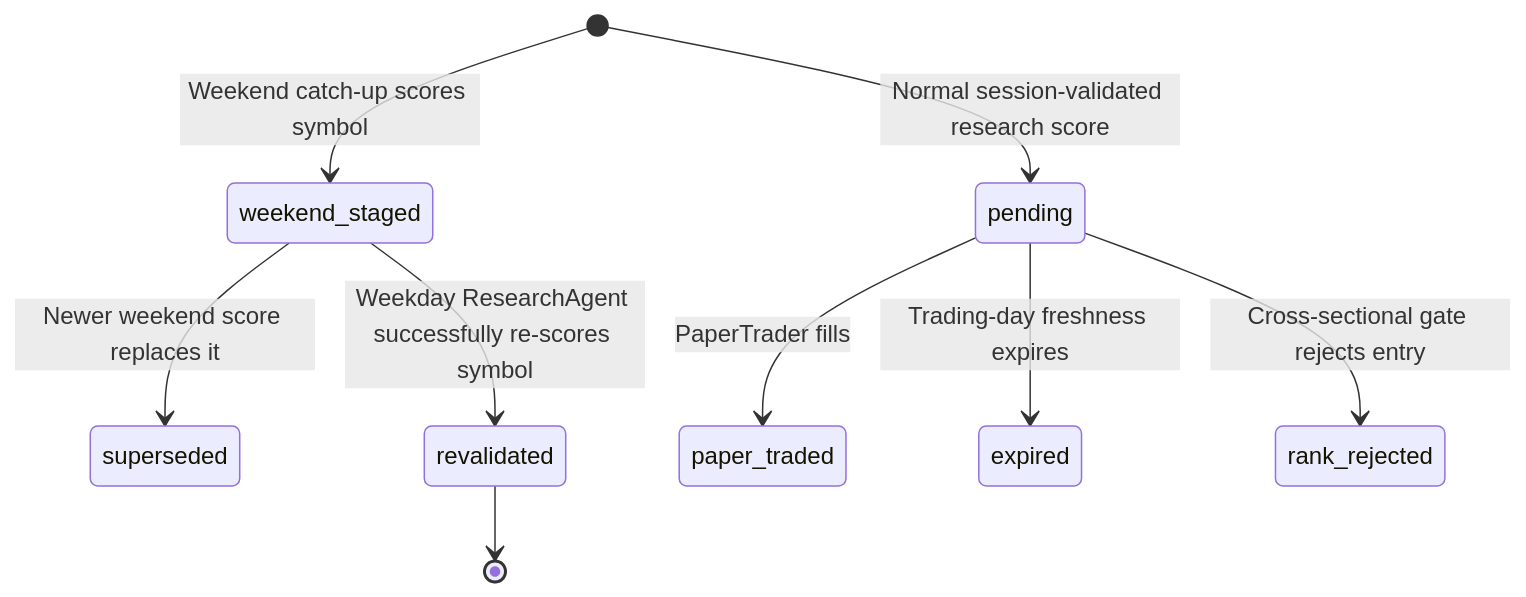
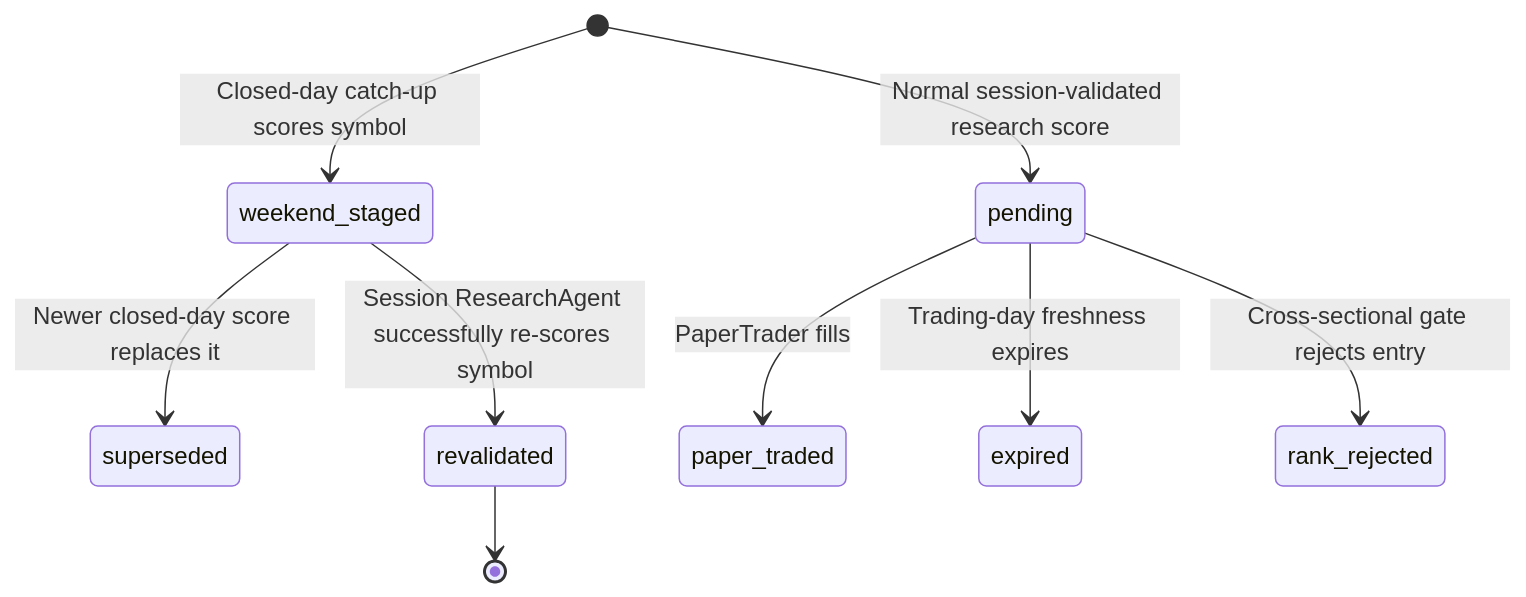
The diagram in features/weekend-research-catchup/FEATURE_ARCHITECTURE.md (vaibhavtiwarigithub/financeos), drawn with Mermaid before and after one commit. The commit also changed other lines of this file and 11 other files, not shown here.

Commit message:
Extend research catch-up to market holidays

````diff
--- a/features/weekend-research-catchup/FEATURE_ARCHITECTURE.md
+++ b/features/weekend-research-catchup/FEATURE_ARCHITECTURE.md
@@ -22,11 +22,11 @@
 ```mermaid
 stateDiagram-v2
-  [*] --> weekend_staged: Weekend catch-up scores symbol
-  weekend_staged --> superseded: Newer weekend score replaces it
-  weekend_staged --> revalidated: Weekday ResearchAgent successfully re-scores symbol
+  [*] --> weekend_staged: Closed-day catch-up scores symbol
+  weekend_staged --> superseded: Newer closed-day score replaces it
+  weekend_staged --> revalidated: Session ResearchAgent successfully re-scores symbol
   revalidated --> [*]
   [*] --> pending: Normal session-validated research score
   pending --> paper_traded: PaperTrader fills
   pending --> expired: Trading-day freshness expires
   pending --> rank_rejected: Cross-sectional gate rejects entry
 ```
````
